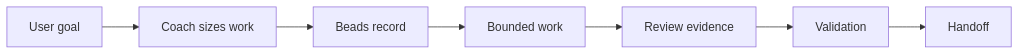
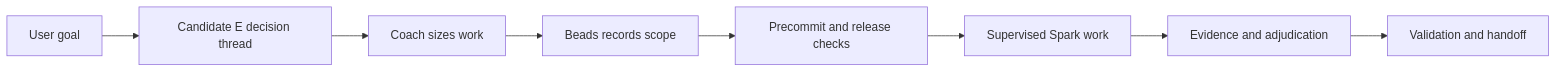
The second of 2 diagrams in README.md (gprocunier/complex-work-orchestration), drawn with Mermaid before and after one commit. The commit also changed other lines of this file and 28 other files, not shown here.

````diff
--- a/README.md
+++ b/README.md
@@ -167,9 +204,10 @@
 ```mermaid
 flowchart LR
-    U[User goal] --> C[Coach sizes work]
-    C --> B[Beads record]
-    B --> W[Bounded work]
-    W --> R[Review evidence]
-    R --> V[Validation]
-    V --> H[Handoff]
+    U[User goal] --> E[Candidate E decision thread]
+    E --> C[Coach sizes work]
+    C --> B[Beads records scope]
+    B --> P[Precommit and release checks]
+    P --> S[Supervised Spark work]
+    S --> A[Evidence and adjudication]
+    A --> V[Validation and handoff]
 ```
````
